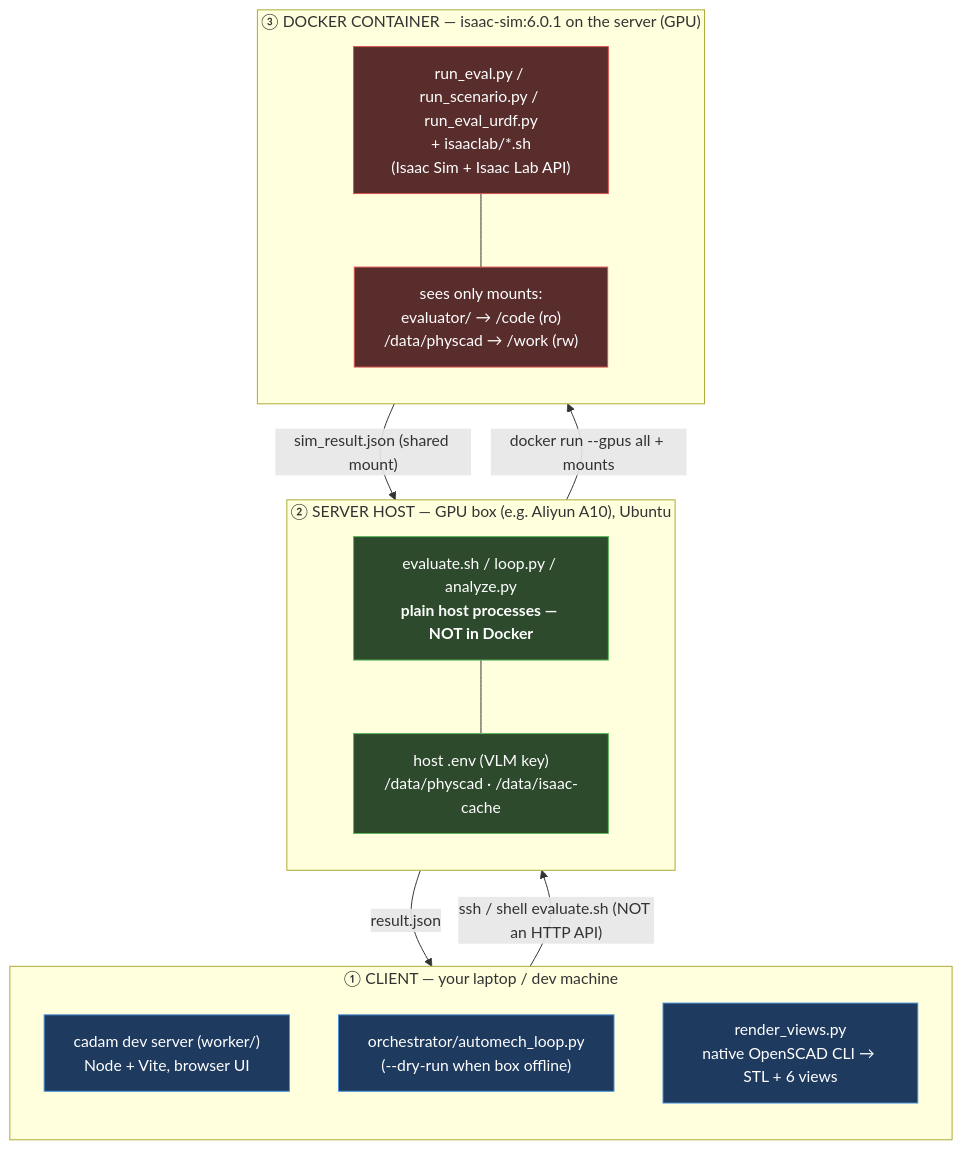
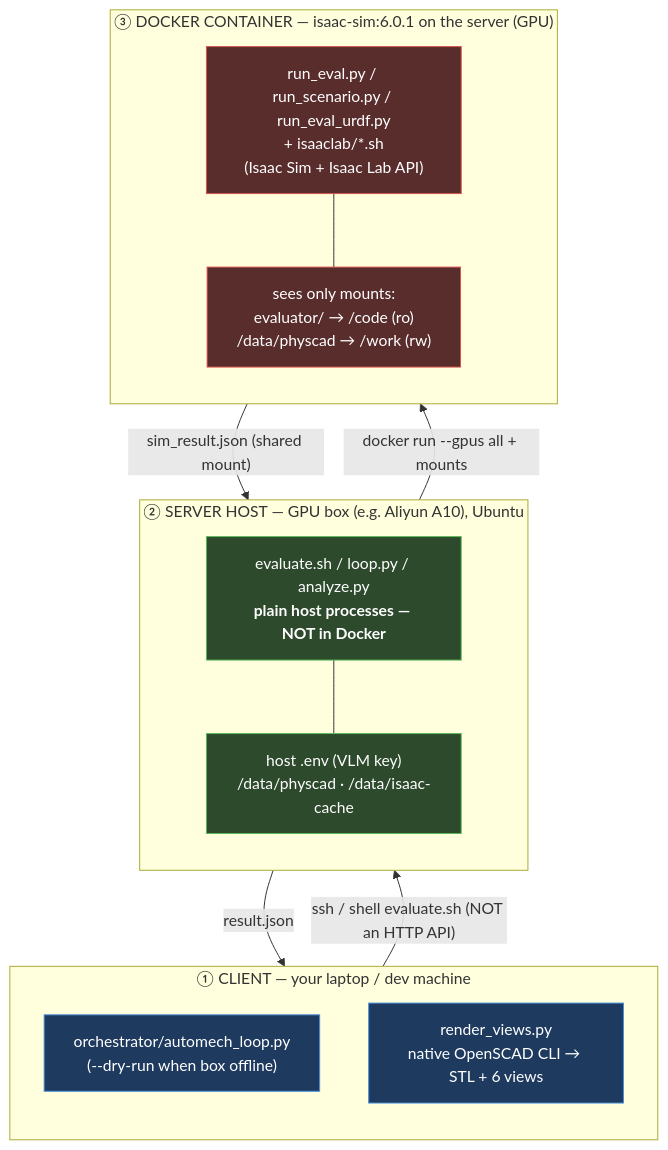
Before and after one commit to willejiang/AutoMech: the second of 2 diagrams in README.md, drawn with Mermaid. The commit also changed other lines of this file and 399 other files, not shown here.

````diff
--- a/README.md
+++ b/README.md
@@ -143,35 +231,34 @@
 ```mermaid
 flowchart TB
     subgraph CLIENT["① CLIENT — your laptop / dev machine"]
         direction TB
-        C1["cadam dev server (worker/)<br/>Node + Vite, browser UI"]
         C2["orchestrator/automech_loop.py<br/>(--dry-run when box offline)"]
         C3["render_views.py<br/>native OpenSCAD CLI → STL + 6 views"]
     end
 
     subgraph SERVER["② SERVER HOST — GPU box (e.g. Aliyun A10), Ubuntu"]
         direction TB
         S1["evaluate.sh / loop.py / analyze.py<br/><b>plain host processes — NOT in Docker</b>"]
         S2["host .env (VLM key)<br/>/data/physcad · /data/isaac-cache"]
         S1 --- S2
     end
 
     subgraph DOCKER["③ DOCKER CONTAINER — isaac-sim:6.0.1 on the server (GPU)"]
         direction TB
         D1["run_eval.py / run_scenario.py / run_eval_urdf.py<br/>+ isaaclab/*.sh<br/>(Isaac Sim + Isaac Lab API)"]
         D2["sees only mounts:<br/>evaluator/ → /code (ro)<br/>/data/physcad → /work (rw)"]
         D1 --- D2
     end
 
     C2 -->|"ssh / shell evaluate.sh (NOT an HTTP API)"| S1
     S1 -->|"docker run --gpus all + mounts"| D1
     D1 -->|"sim_result.json (shared mount)"| S1
     S1 -->|"result.json"| C2
 
     classDef client fill:#1e3a5f,stroke:#4a90d9,color:#fff
     classDef server fill:#2d4a2d,stroke:#5cb85c,color:#fff
     classDef docker fill:#5a2d2d,stroke:#d9534f,color:#fff
-    class C1,C2,C3 client
+    class C2,C3 client
     class S1,S2 server
     class D1,D2 docker
 ```
````
